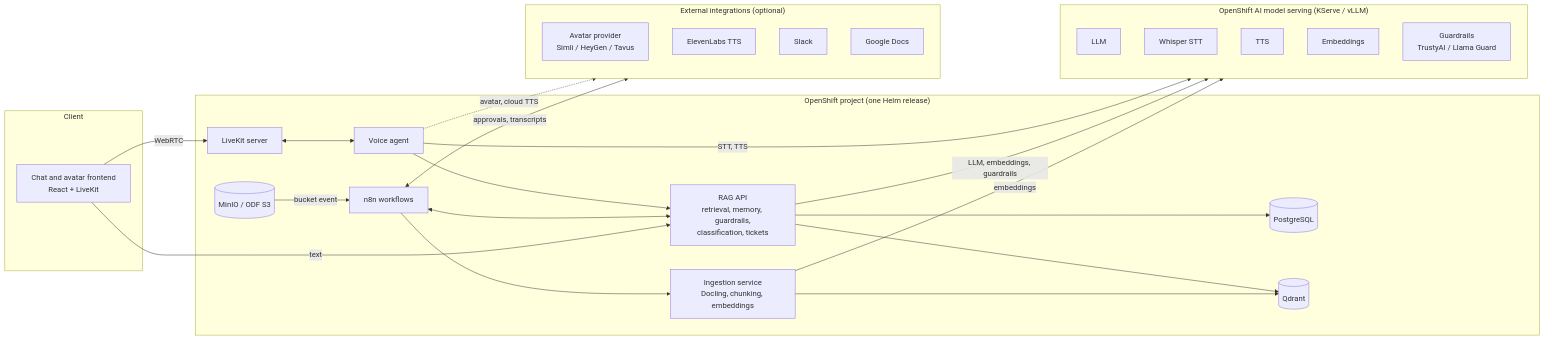
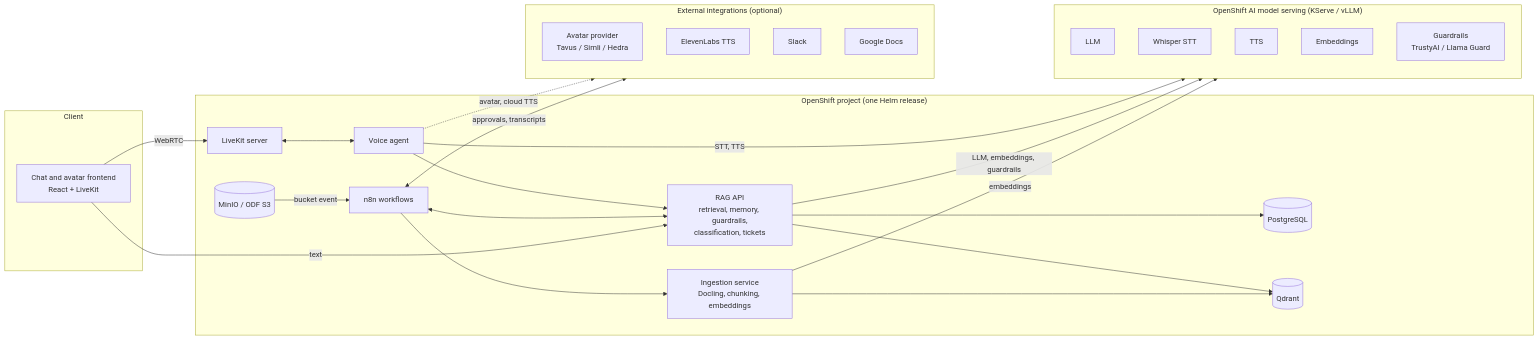
One commit to heiba/enterprise-voice-avatar-assistant changed the diagram in README.md. Above: the diagram before and after it, drawn with Mermaid. The commit also changed other lines of this file and 7 other files, not shown here.

First line of the commit message:
Add Tavus as an avatar provider for the voice agent

````diff
--- a/README.md
+++ b/README.md
@@ -56,44 +56,44 @@
 ```mermaid
 flowchart LR
   subgraph Client
     UI[Chat and avatar frontend<br/>React + LiveKit]
   end
   subgraph OpenShift["OpenShift project (one Helm release)"]
     LK[LiveKit server]
     VA[Voice agent]
     RAG[RAG API<br/>retrieval, memory, guardrails,<br/>classification, tickets]
     ING[Ingestion service<br/>Docling, chunking, embeddings]
     N8N[n8n workflows]
     S3[(MinIO / ODF S3)]
     PG[(PostgreSQL)]
     QD[(Qdrant)]
     LK <--> VA
     VA --> RAG
     S3 -- bucket event --> N8N
     N8N --> ING
     N8N <--> RAG
     RAG --> PG
     RAG --> QD
     ING --> QD
   end
   subgraph RHOAI["OpenShift AI model serving (KServe / vLLM)"]
     LLM[LLM]
     STT[Whisper STT]
     TTS[TTS]
     EMB[Embeddings]
     GR[Guardrails<br/>TrustyAI / Llama Guard]
   end
   subgraph External["External integrations (optional)"]
-    AV[Avatar provider<br/>Simli / HeyGen / Tavus]
+    AV[Avatar provider<br/>Tavus / Simli / Hedra]
     EL[ElevenLabs TTS]
     SL[Slack]
     GD[Google Docs]
   end
   UI -- WebRTC --> LK
   UI -- text --> RAG
   VA -- STT, TTS --> RHOAI
   RAG -- LLM, embeddings, guardrails --> RHOAI
   ING -- embeddings --> RHOAI
   VA -. avatar, cloud TTS .-> External
   N8N <-- approvals, transcripts --> External
 ```
````
